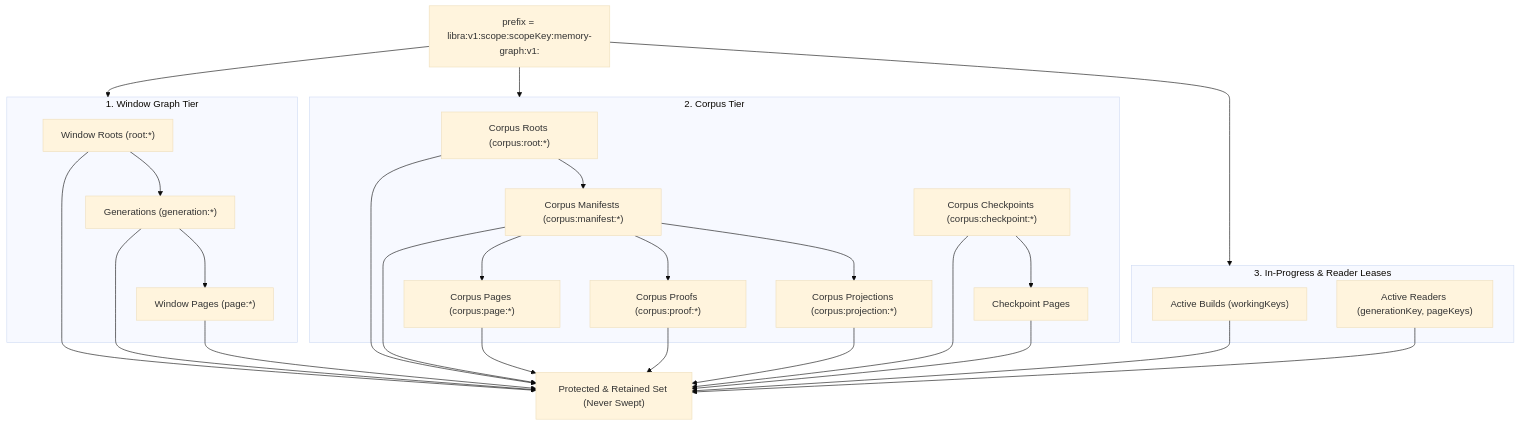
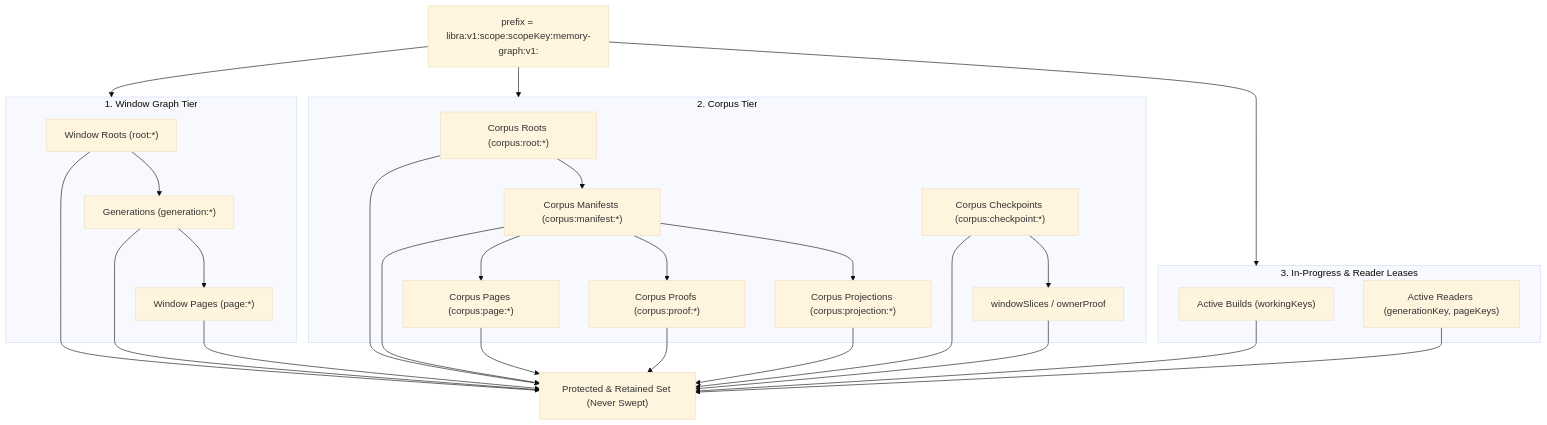
One commit to rusinus12-droid/Librarian-System changed the diagram in PROGRAM/docs/LIBRA_STORAGE_LIFECYCLE_GC_CONTRACT_20261015.md. Above: the diagram before and after it, drawn with Mermaid (base theme). The commit also changed other lines of this file and 21 other files, not shown here.

````diff
--- a/PROGRAM/docs/LIBRA_STORAGE_LIFECYCLE_GC_CONTRACT_20261015.md
+++ b/PROGRAM/docs/LIBRA_STORAGE_LIFECYCLE_GC_CONTRACT_20261015.md
@@ -84,40 +90,40 @@
 ```mermaid
 flowchart TD
     ScopePrefix["prefix = libra:v1:scope:scopeKey:memory-graph:v1:"]
     
     subgraph WindowGraphTier["1. Window Graph Tier"]
         WRoots["Window Roots (root:*)"] --> WGen["Generations (generation:*)"]
         WGen --> WPages["Window Pages (page:*)"]
     end
 
     subgraph CorpusTier["2. Corpus Tier"]
         CRoots["Corpus Roots (corpus:root:*)"] --> CManifest["Corpus Manifests (corpus:manifest:*)"]
         CManifest --> CPages["Corpus Pages (corpus:page:*)"]
         CManifest --> CProof["Corpus Proofs (corpus:proof:*)"]
         CManifest --> CProj["Corpus Projections (corpus:projection:*)"]
-        CCheck["Corpus Checkpoints (corpus:checkpoint:*)"] --> CCPages["Checkpoint Pages"]
+        CCheck["Corpus Checkpoints (corpus:checkpoint:*)"] --> CCPages["windowSlices / ownerProof"]
     end
 
     subgraph LifecycleLeases["3. In-Progress & Reader Leases"]
         ABuilds["Active Builds (workingKeys)"]
         AReaders["Active Readers (generationKey, pageKeys)"]
     end
 
     ProtectedSet["Protected & Retained Set (Never Swept)"]
     WRoots --> ProtectedSet
     WGen --> ProtectedSet
     WPages --> ProtectedSet
     CRoots --> ProtectedSet
     CManifest --> ProtectedSet
     CPages --> ProtectedSet
     CProof --> ProtectedSet
     CProj --> ProtectedSet
     CCheck --> ProtectedSet
     CCPages --> ProtectedSet
     ABuilds --> ProtectedSet
     AReaders --> ProtectedSet
 
     ScopePrefix --> WindowGraphTier
     ScopePrefix --> CorpusTier
     ScopePrefix --> LifecycleLeases
 ```
````
